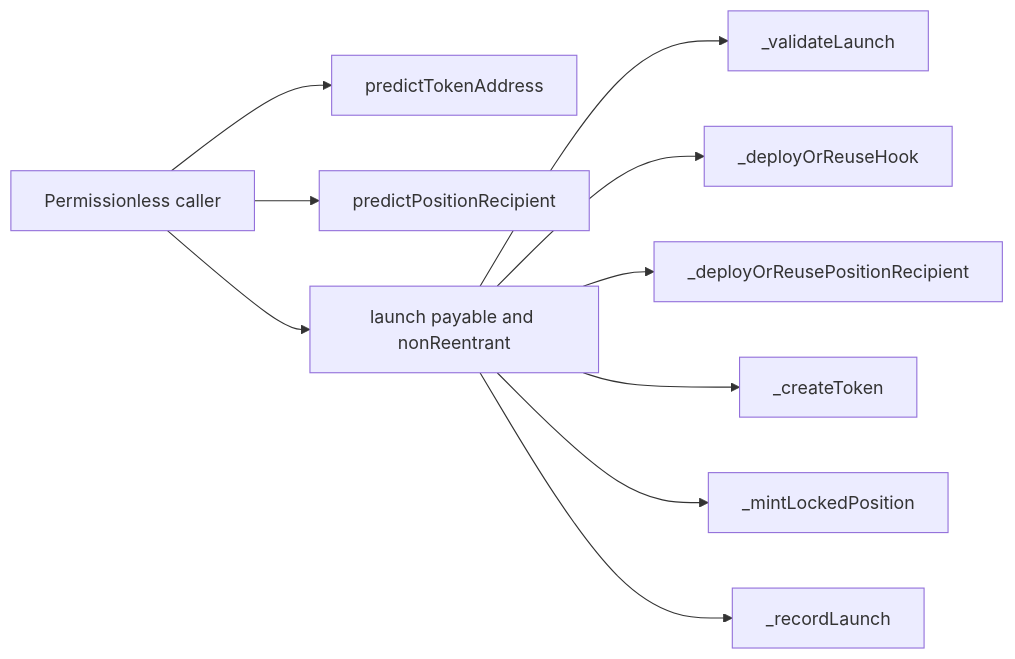
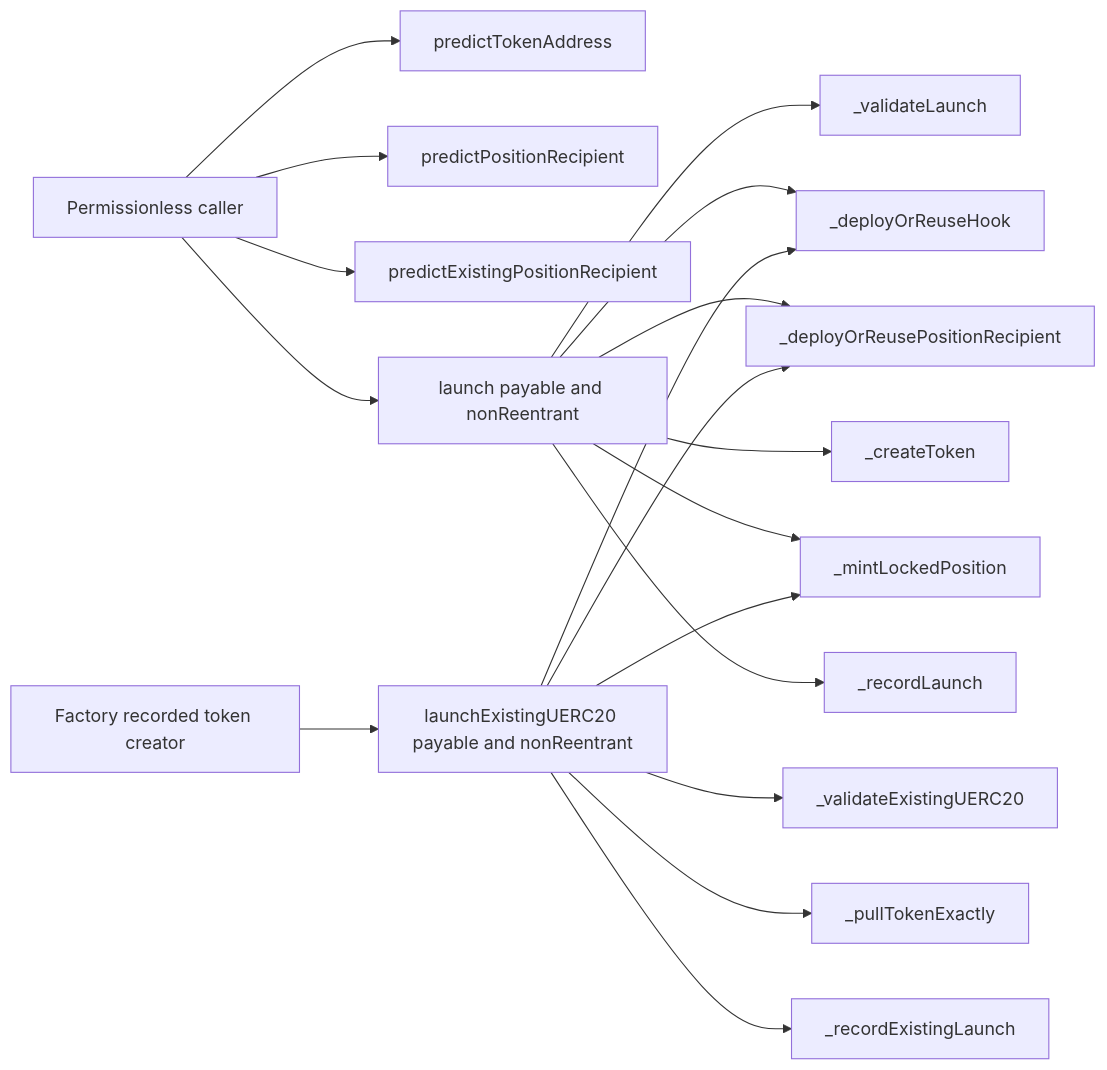
The diagram in contracts/security/diagrams/function-surface.md (0xprogrammable/PROGRAMMABLE), drawn with Mermaid before and after one commit. The commit also changed other lines of this file and 23 other files, not shown here.

Commit message:
Add existing UERC20 launch path

````diff
--- a/contracts/security/diagrams/function-surface.md
+++ b/contracts/security/diagrams/function-surface.md
@@ -9,23 +9,37 @@
 ```mermaid
 flowchart LR
     Caller[Permissionless caller]
+    RecordedCreator[Factory recorded token creator]
     PredictToken[predictTokenAddress]
     PredictPosition[predictPositionRecipient]
+    PredictExistingPosition[predictExistingPositionRecipient]
     Launch[launch payable and nonReentrant]
+    LaunchExisting[launchExistingUERC20 payable and nonReentrant]
     Validate[_validateLaunch]
+    ValidateExisting[_validateExistingUERC20]
+    PullExisting[_pullTokenExactly]
     ReuseHook[_deployOrReuseHook]
     ReuseForwarder[_deployOrReusePositionRecipient]
     CreateToken[_createToken]
     Mint[_mintLockedPosition]
     Record[_recordLaunch]
+    RecordExisting[_recordExistingLaunch]
 
     Caller --> PredictToken
     Caller --> PredictPosition
+    Caller --> PredictExistingPosition
     Caller --> Launch
+    RecordedCreator --> LaunchExisting
     Launch --> Validate
     Launch --> ReuseHook
     Launch --> ReuseForwarder
     Launch --> CreateToken
     Launch --> Mint
     Launch --> Record
+    LaunchExisting --> ValidateExisting
+    LaunchExisting --> PullExisting
+    LaunchExisting --> ReuseHook
+    LaunchExisting --> ReuseForwarder
+    LaunchExisting --> Mint
+    LaunchExisting --> RecordExisting
 ```
````
